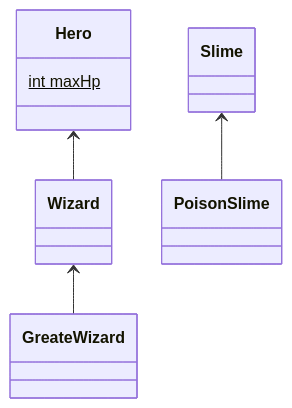
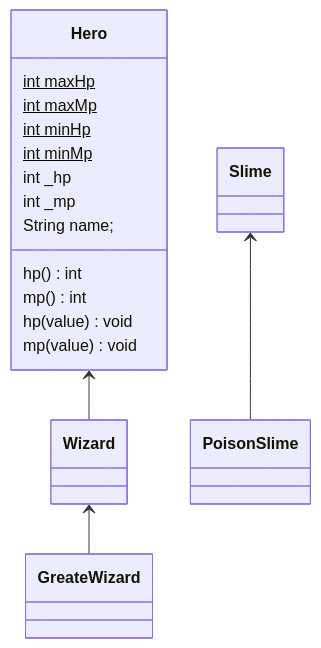
Before and after one commit to choiexe1/local: the second of 2 diagrams in Daily/2025-03-18.md, drawn with Mermaid.

Commit message:
vault backup: 2025-03-18 14:37:28

````diff
--- a/Daily/2025-03-18.md
+++ b/Daily/2025-03-18.md
@@ -44,12 +44,26 @@
 ```mermaid
 classDiagram
 
 class Hero {
-	int maxHp$ 
+int maxHp$
+int maxMp$
+int minHp$
+int minMp$
+int _hp
+int _mp
+String name;
+hp() int
+mp() int
+hp(value) void
+mp(value) void
+}
+
+class Wizard {
+
 }
 
 Hero <-- Wizard
 Wizard <-- GreateWizard
 
 Slime <-- PoisonSlime
 ```
````
